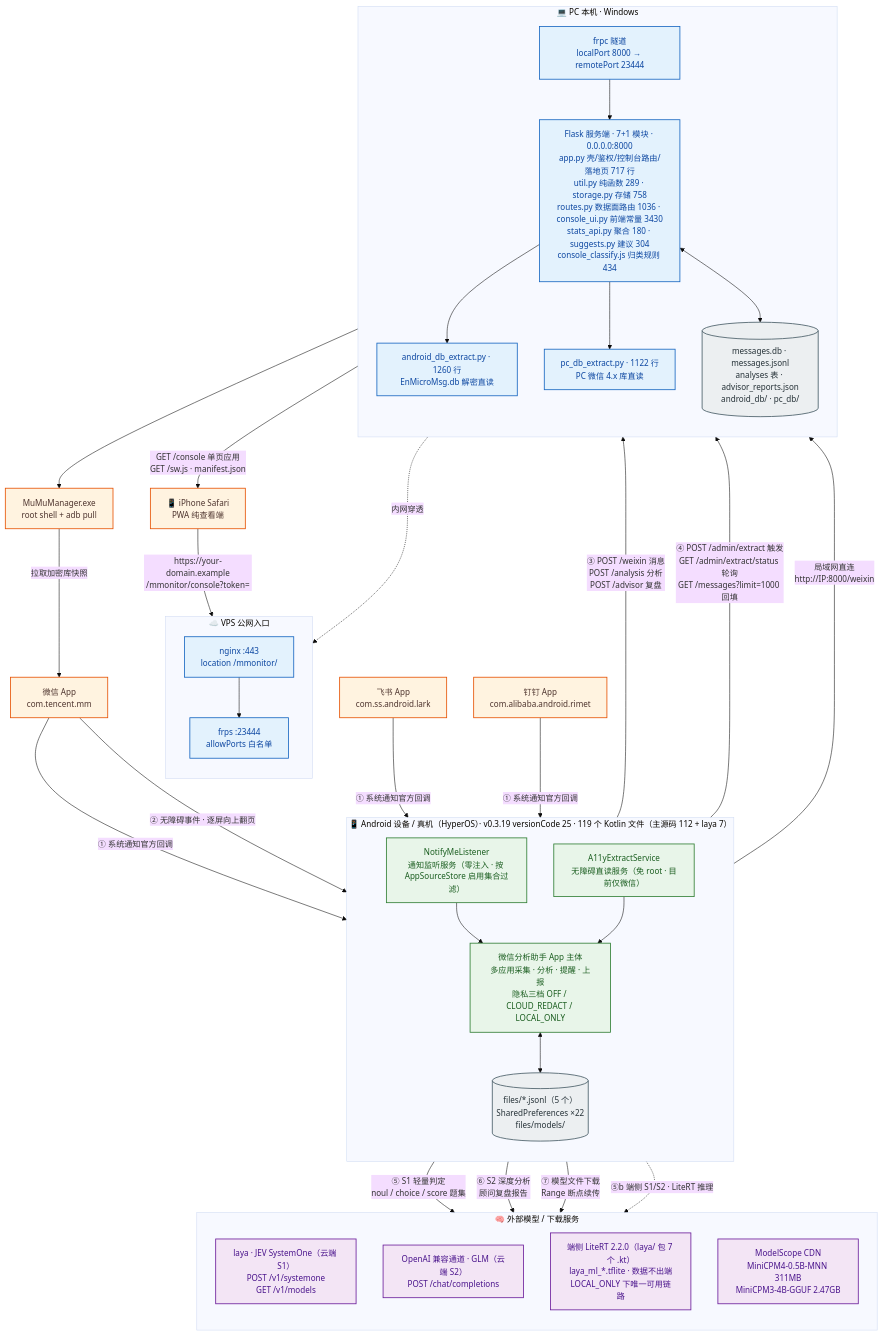
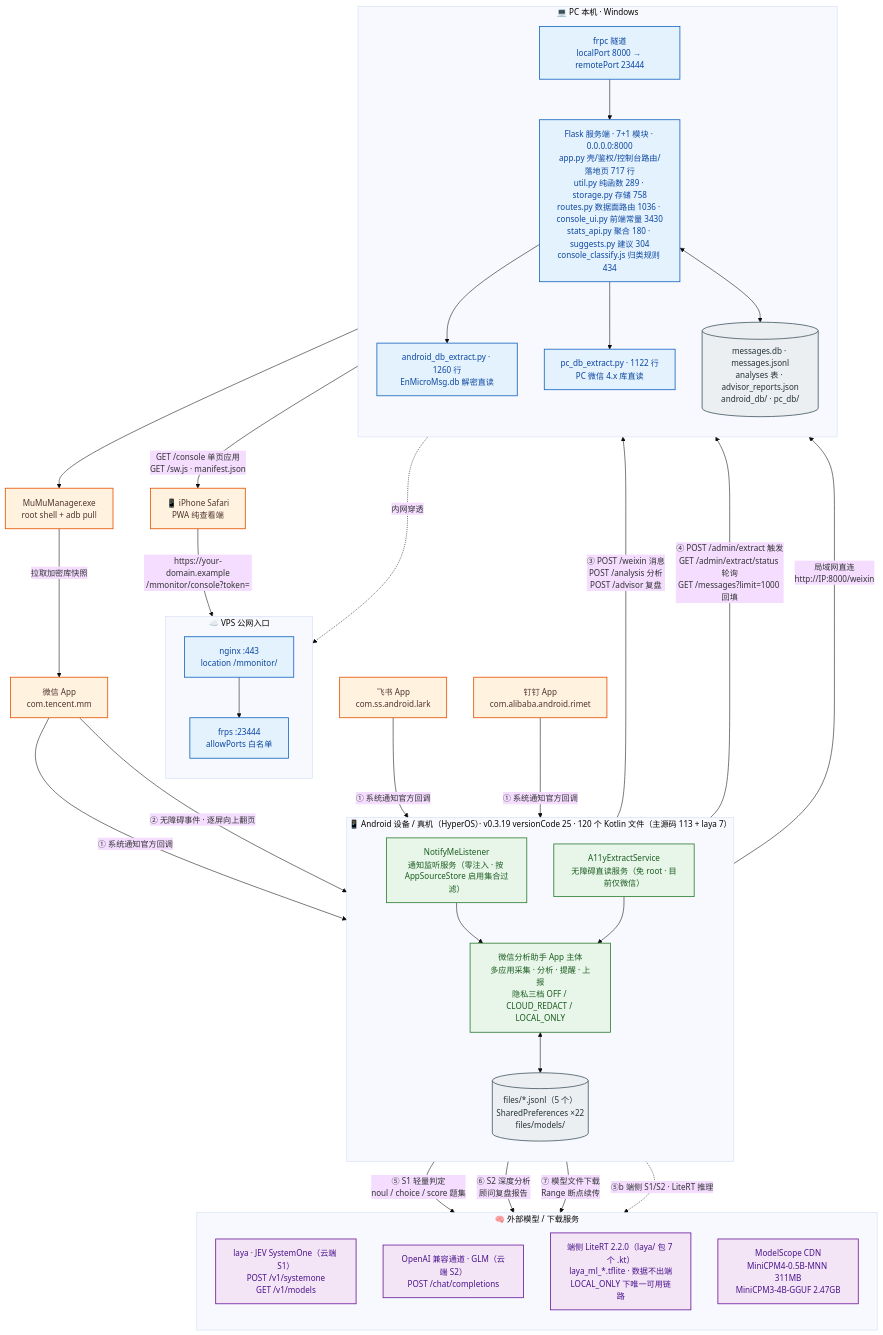
One commit to solidjoker/notifyme changed the diagram in docs/architecture/diagrams/01-system-context.mmd. Above: the diagram before and after it, drawn with Mermaid. The commit also changed 17 other files, not shown here.

```diff
--- a/docs/architecture/diagrams/01-system-context.mmd
+++ b/docs/architecture/diagrams/01-system-context.mmd
@@ -1,70 +1,70 @@
 %%{init: {'theme':'base','themeVariables':{'fontSize':'15px','fontFamily':'Microsoft YaHei, PingFang SC, sans-serif'},'flowchart':{'htmlLabels':true,'curve':'basis'}}}%%
 flowchart TB
     classDef ext  fill:#fff3e0,stroke:#e65100,stroke-width:1.5px,color:#4e342e
     classDef app  fill:#e8f5e9,stroke:#2e7d32,stroke-width:1.5px,color:#1b5e20
     classDef srv  fill:#e3f2fd,stroke:#1565c0,stroke-width:1.5px,color:#0d47a1
     classDef llm  fill:#f3e5f5,stroke:#6a1b9a,stroke-width:1.5px,color:#4a148c
     classDef store fill:#eceff1,stroke:#455a64,stroke-width:1.5px,color:#263238
 
     WX["微信 App<br/>com.tencent.mm"]:::ext
     FS["飞书 App<br/>com.ss.android.lark"]:::ext
     DT["钉钉 App<br/>com.alibaba.android.rimet"]:::ext
 
-    subgraph DEV["📱 Android 设备 / 真机（HyperOS）· v0.3.19 versionCode 25 · 119 个 Kotlin 文件（主源码 112 + laya 7）"]
+    subgraph DEV["📱 Android 设备 / 真机（HyperOS）· v0.3.19 versionCode 25 · 120 个 Kotlin 文件（主源码 113 + laya 7）"]
         direction TB
         NL["NotifyMeListener<br/>通知监听服务（零注入 · 按 AppSourceStore 启用集合过滤）"]:::app
         A11Y["A11yExtractService<br/>无障碍直读服务（免 root · 目前仅微信）"]:::app
         CORE["微信分析助手 App 主体<br/>多应用采集 · 分析 · 提醒 · 上报<br/>隐私三档 OFF / CLOUD_REDACT / LOCAL_ONLY"]:::app
         STORE[("files/*.jsonl（5 个）<br/>SharedPreferences ×22<br/>files/models/")]:::store
         NL --> CORE
         A11Y --> CORE
         CORE <--> STORE
     end
 
     subgraph HOST["💻 PC 本机 · Windows"]
         direction TB
         FLASK["Flask 服务端 · 7+1 模块 · 0.0.0.0:8000<br/>app.py 壳/鉴权/控制台路由/落地页 717 行<br/>util.py 纯函数 289 · storage.py 存储 758<br/>routes.py 数据面路由 1036 · console_ui.py 前端常量 3430<br/>stats_api.py 聚合 180 · suggests.py 建议 304<br/>console_classify.js 归类规则 434"]:::srv
         ADBEX["android_db_extract.py · 1260 行<br/>EnMicroMsg.db 解密直读"]:::srv
         PCEX["pc_db_extract.py · 1122 行<br/>PC 微信 4.x 库直读"]:::srv
         DB[("messages.db · messages.jsonl<br/>analyses 表 · advisor_reports.json<br/>android_db/ · pc_db/")]:::store
         FRPC["frpc 隧道<br/>localPort 8000 → remotePort 23444"]:::srv
         FLASK --> ADBEX
         FLASK --> PCEX
         FLASK <--> DB
         FRPC --> FLASK
     end
 
     subgraph VPS["☁️ VPS 公网入口"]
         direction TB
         NGINX["nginx :443<br/>location /mmonitor/"]:::srv
         FRPS["frps :23444<br/>allowPorts 白名单"]:::srv
         NGINX --> FRPS
     end
 
     subgraph AI["🧠 外部模型 / 下载服务"]
         direction TB
         LAYA["laya · JEV SystemOne（云端 S1）<br/>POST /v1/systemone<br/>GET /v1/models"]:::llm
         GLM["OpenAI 兼容通道 · GLM（云端 S2）<br/>POST /chat/completions"]:::llm
         LITE["端侧 LiteRT 2.2.0（laya/ 包 7 个 .kt）<br/>laya_ml_*.tflite · 数据不出端<br/>LOCAL_ONLY 下唯一可用链路"]:::llm
         MS["ModelScope CDN<br/>MiniCPM4-0.5B-MNN 311MB<br/>MiniCPM3-4B-GGUF 2.47GB"]:::llm
     end
 
     MUMU["MuMuManager.exe<br/>root shell + adb pull"]:::ext
     IPHONE["📱 iPhone Safari<br/>PWA 纯查看端"]:::ext
 
     WX -->|"① 系统通知官方回调"| NL
     FS -->|"① 系统通知官方回调"| NL
     DT -->|"① 系统通知官方回调"| NL
     WX -->|"② 无障碍事件 · 逐屏向上翻页"| A11Y
     CORE -->|"③ POST /weixin 消息<br/>POST /analysis 分析<br/>POST /advisor 复盘"| FLASK
     CORE -->|"④ POST /admin/extract 触发<br/>GET /admin/extract/status 轮询<br/>GET /messages?limit=1000 回填"| FLASK
     CORE -->|"⑤ S1 轻量判定<br/>noul / choice / score 题集"| LAYA
     CORE -->|"⑥ S2 深度分析<br/>顾问复盘报告"| GLM
     CORE -->|"⑦ 模型文件下载<br/>Range 断点续传"| MS
     CORE -.->|"⑤b 端侧 S1/S2 · LiteRT 推理"| LITE
     ADBEX --> MUMU
     MUMU -->|"拉取加密库快照"| WX
     CORE -->|"局域网直连<br/>http://IP:8000/weixin"| FLASK
     FRPC -.->|"内网穿透"| FRPS
     IPHONE -->|"https://your-domain.example<br/>/mmonitor/console?token="| NGINX
     FLASK -->|"GET /console 单页应用<br/>GET /sw.js · manifest.json"| IPHONE
```
